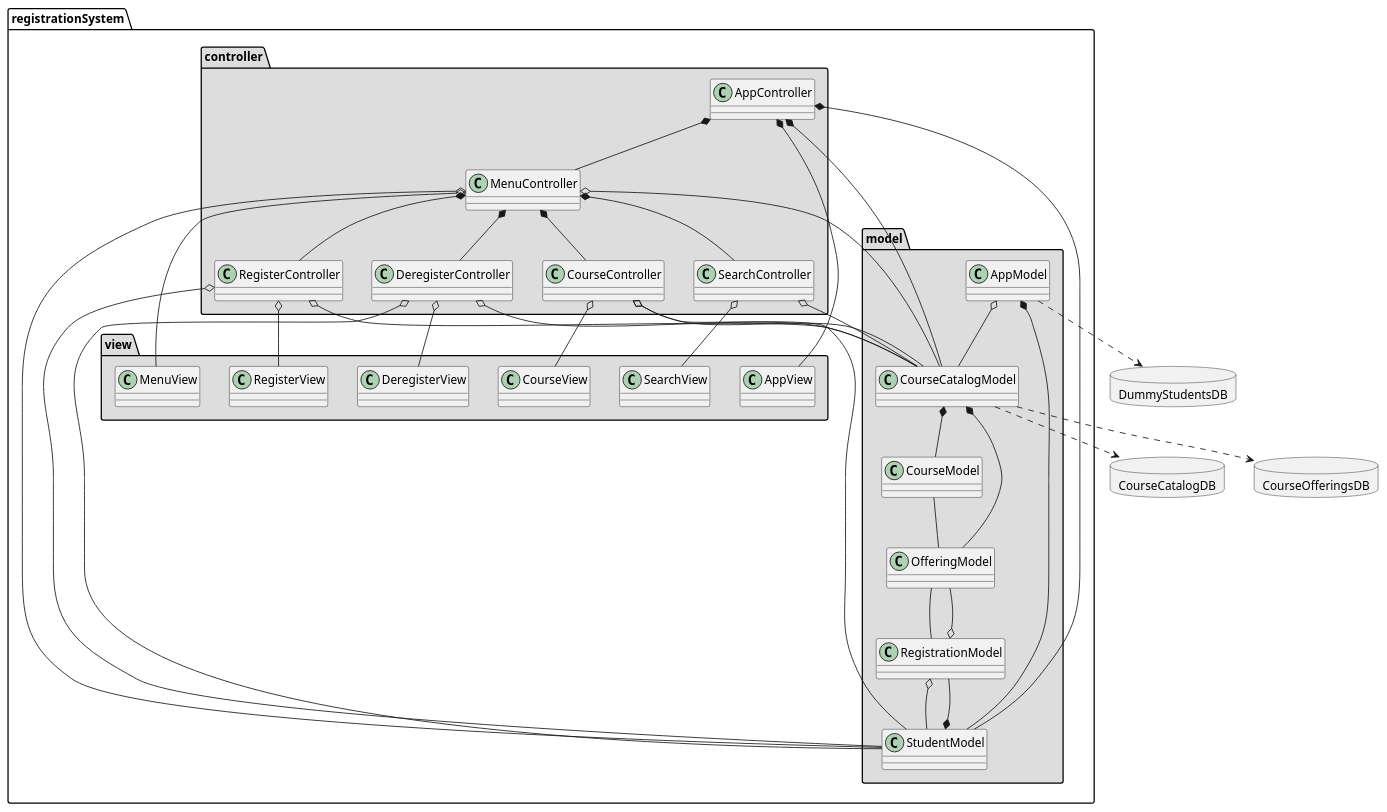
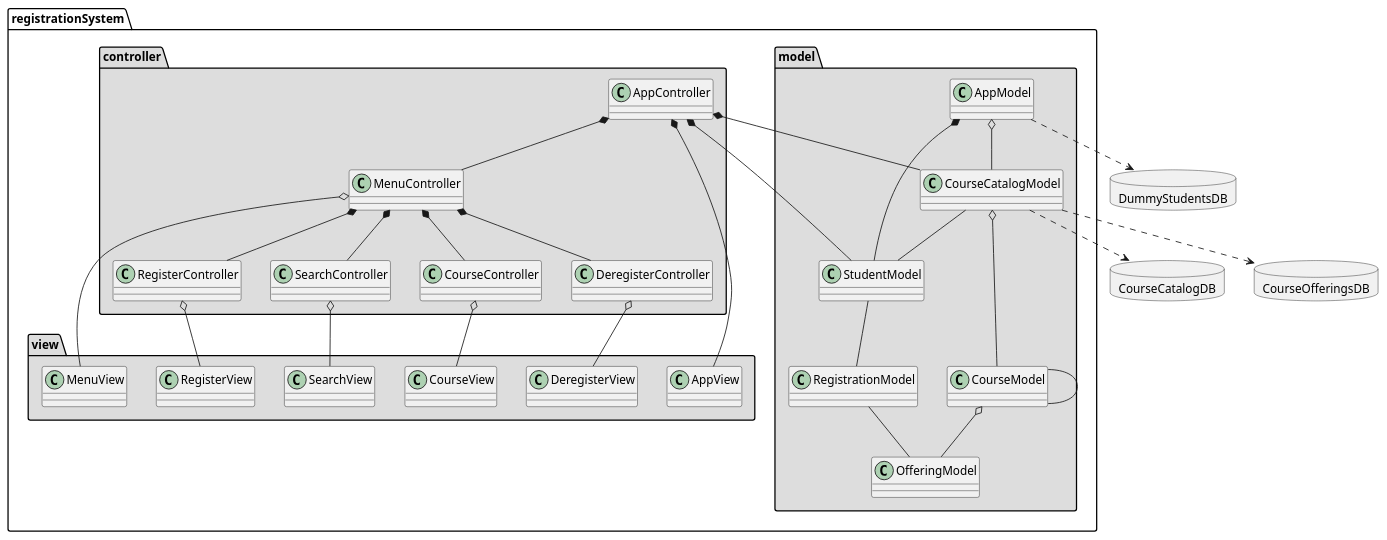
Before and after one commit to zbhavyai/course-registration-system: the diagram in uml/class_code.wsd, drawn with PlantUML. The commit also changed 1 other file, not shown here.

Commit message:
Updated the uml to reflect changes in the code

```diff
--- a/uml/class_code.wsd
+++ b/uml/class_code.wsd
@@ -1,81 +1,68 @@
 @startuml class_crs
 
 allow_mixing
 
 package registrationSystem.model #DDDDDD
 {
     class AppModel
     class CourseCatalogModel
     class CourseModel
     class OfferingModel
     class RegistrationModel
     class StudentModel
 
     AppModel o-- CourseCatalogModel
     AppModel *-- StudentModel
-    CourseCatalogModel *-- CourseModel
-    CourseCatalogModel *-- OfferingModel
-    CourseModel -- OfferingModel
-    OfferingModel -- RegistrationModel
-    RegistrationModel o-- StudentModel
-    RegistrationModel o-- OfferingModel
-    StudentModel *-- RegistrationModel
+    CourseCatalogModel o-- CourseModel
+    CourseCatalogModel -- StudentModel
+    CourseModel -- CourseModel
+    StudentModel -- RegistrationModel
+    RegistrationModel -- OfferingModel
+    CourseModel o-- OfferingModel
 }
 
 package registrationSystem.view #DDDDDD
 {
     class AppView
     class MenuView
     class SearchView
     class RegisterView
     class DeregisterView
     class CourseView
 }
 
 package registrationSystem.controller #DDDDDD
 {
     class AppController
     class MenuController
     class SearchController
     class RegisterController
     class DeregisterController
     class CourseController
 
-    AppController *-- AppView
     AppController *-- CourseCatalogModel
     AppController *-- StudentModel
     AppController *-- MenuController
 
-    MenuController o-- MenuView
-    MenuController o-- CourseCatalogModel
-    MenuController o-- StudentModel
     MenuController *-- SearchController
     MenuController *-- RegisterController
     MenuController *-- DeregisterController
     MenuController *-- CourseController
 
+    AppController *-- AppView
+    MenuController o-- MenuView
     SearchController o-- SearchView
-    SearchController o-- CourseCatalogModel
-
     RegisterController o-- RegisterView
-    RegisterController o-- CourseCatalogModel
-    RegisterController o-- StudentModel
-
     DeregisterController o-- DeregisterView
-    DeregisterController o-- CourseCatalogModel
-    DeregisterController o-- StudentModel
-
     CourseController o-- CourseView
-    CourseController o-- CourseCatalogModel
-    CourseController o-- StudentModel
 }
 
 database CourseCatalogDB
 database CourseOfferingsDB
 database DummyStudentsDB
 
 AppModel ..> DummyStudentsDB
 CourseCatalogModel ..> CourseOfferingsDB
 CourseCatalogModel ..> CourseCatalogDB
 
 @enduml
```
